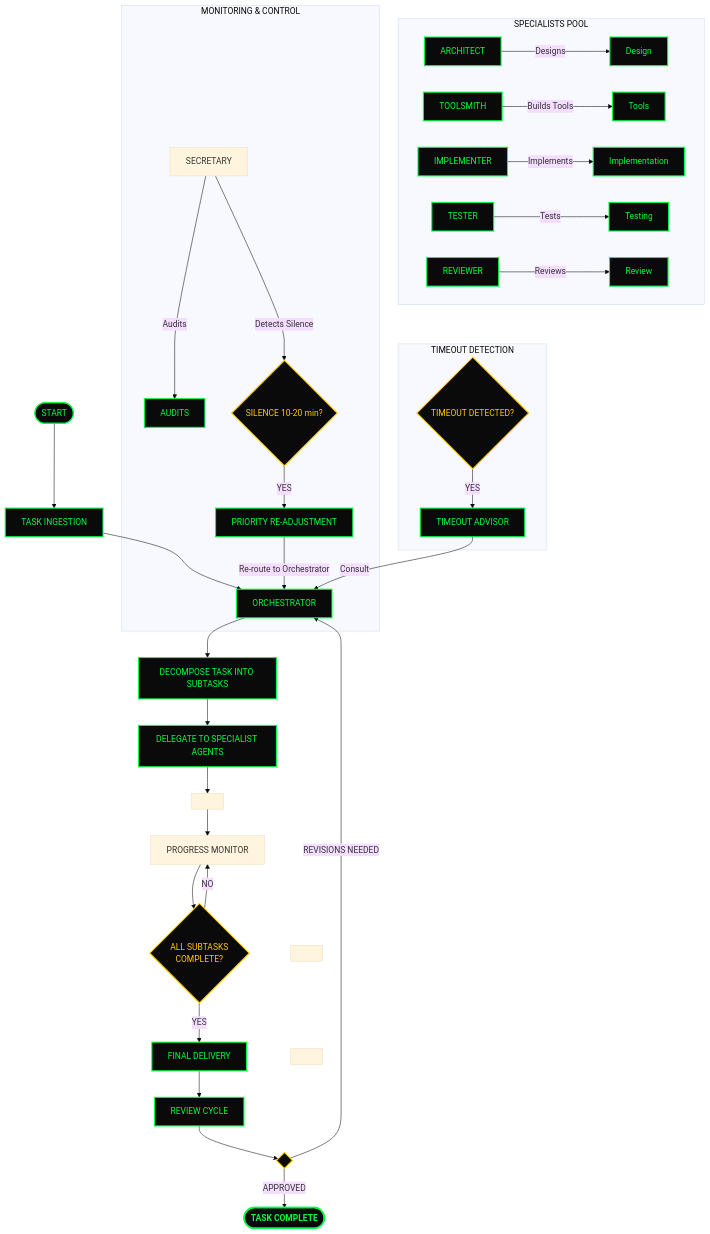
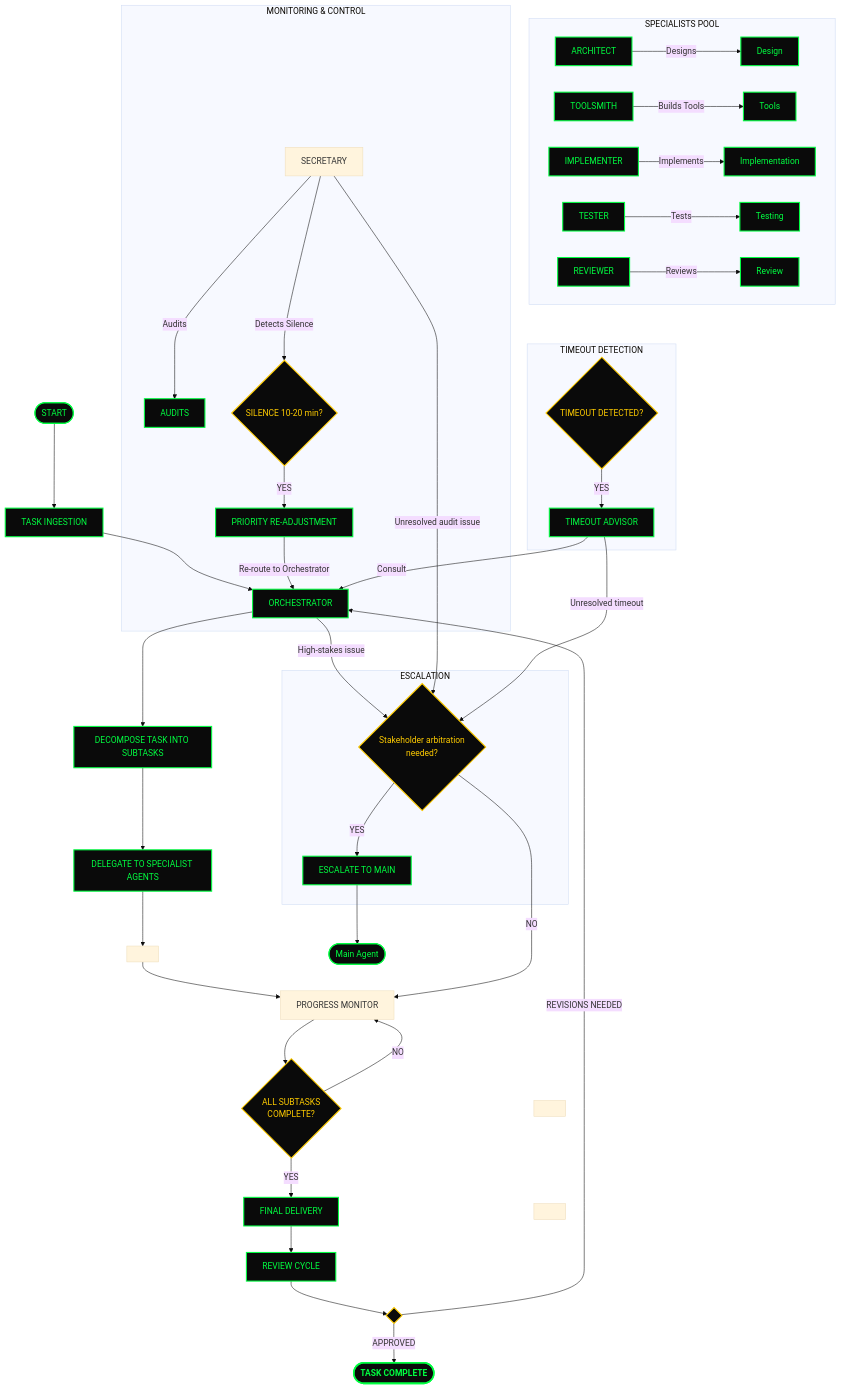
The diagram in orchestra_flow.mmd (cbman0/openClaw_Environment), drawn with Mermaid (base theme) before and after one commit. The commit also changed 4 other files, not shown here.

First line of the commit message:
docs: add project status reports and updated agent workflow diagrams

```diff
--- a/orchestra_flow.mmd
+++ b/orchestra_flow.mmd
@@ -1,75 +1,88 @@
 flowchart TD
     %% ==================== MAIN SPINE ====================
     Start([START]) 
         --> Ingestion[TASK INGESTION]
         --> Orc[ORCHESTRATOR]
         --> Decomp[DECOMPOSE TASK INTO SUBTASKS]
         --> Assign[DELEGATE TO SPECIALIST AGENTS]
 
     %% ==================== SPECIALISTS POOL (explicit output nodes) ====================
     subgraph "SPECIALISTS POOL"
         direction LR
         Architect[ARCHITECT] -->|Designs| Design[Design]
         Toolsmith[TOOLSMITH] -->|Builds Tools| Tools[Tools]
         Implementer[IMPLEMENTER] -->|Implements| Implementation[Implementation]
         Tester[TESTER] -->|Tests| Testing[Testing]
         Reviewer[REVIEWER] -->|Reviews| Review[Review]
     end
 
     Assign --> SpecialistsPool[" "]
     SpecialistsPool --> Monitor[PROGRESS MONITOR]
 
     %% ==================== MONITORING & CONTROL ====================
     subgraph "MONITORING & CONTROL"
         Sec[SECRETARY] 
             -->|Audits| Audit[AUDITS]
         Sec 
             -->|Detects Silence| SilenceQ{SILENCE 10-20 min?}
         
         SilenceQ 
             -->|YES| Prio[PRIORITY RE-ADJUSTMENT]
         Prio 
             -->|Re-route to Orchestrator| Orc
     end
 
     %% ==================== MAIN MONITORING LOOP ====================
     Monitor 
         --> Check{ALL SUBTASKS<br>COMPLETE?}
 
     Check 
         -->|NO| Monitor
     Check 
         -->|YES| Delivery[FINAL DELIVERY]
 
     Delivery 
         --> ReviewC[REVIEW CYCLE]
 
     %% Review Cycle branches (full feedback loop)
     ReviewC 
         --> Approved{ }
     Approved 
         -->|APPROVED| Complete([TASK COMPLETE])
     Approved 
         -->|REVISIONS NEEDED| Orc
 
+    %% ==================== ESCALATION PATH ====================
+    subgraph "ESCALATION"
+        EscalateDecision{Stakeholder arbitration<br>needed?}
+        EscalateNode[ESCALATE TO MAIN]
+    end
+
+    Orc -->|High‑stakes issue| EscalateDecision
+    Sec -->|Unresolved audit issue| EscalateDecision
+    Advisor -->|Unresolved timeout| EscalateDecision
+    EscalateDecision -->|YES| EscalateNode
+    EscalateNode --> Main([Main Agent])
+    EscalateDecision -->|NO| Monitor
+
     %% ==================== TIMEOUT DETECTION (bottom subsystem) ====================
     subgraph "TIMEOUT DETECTION"
         TimeoutQ{TIMEOUT DETECTED?} 
             -->|YES| Advisor[TIMEOUT ADVISOR]
         Advisor 
             -->|Consult| Orc
     end
 
     %% ==================== LAYOUT HELPERS (keeps Monitoring on right + Timeout at bottom) ====================
     Monitor ~~~ MonitoringGroup[" "]
     MonitoringGroup ~~~ TimeoutGroup[" "]
 
     %% ==================== STYLING ====================
     classDef process fill:#0a0a0a,stroke:#00ff41,color:#00ff41,stroke-width:2px
     classDef decision fill:#0a0a0a,stroke:#ffcc00,color:#ffcc00,stroke-width:2px
     classDef complete fill:#0a0a0a,stroke:#00ff41,color:#00ff41,stroke-width:3px,font-weight:bold
     classDef subgraphTitle fill:#1a1a1a,color:#00ff41,stroke:#00ff41
 
-    class Start,Ingestion,Orc,Decomp,Assign,Delivery,ReviewC,Architect,Toolsmith,Implementer,Tester,Reviewer,Design,Tools,Implementation,Testing,Review,Audit,Prio,Advisor,Complete process
-    class Check,SilenceQ,TimeoutQ,Approved decision
+    class Start,Ingestion,Orc,Decomp,Assign,Delivery,ReviewC,Architect,Toolsmith,Implementer,Tester,Reviewer,Design,Tools,Implementation,Testing,Review,Audit,Prio,Advisor,EscalateNode,Main,Complete process
+    class Check,SilenceQ,TimeoutQ,Approved,EscalateDecision decision
     class Complete complete
```
